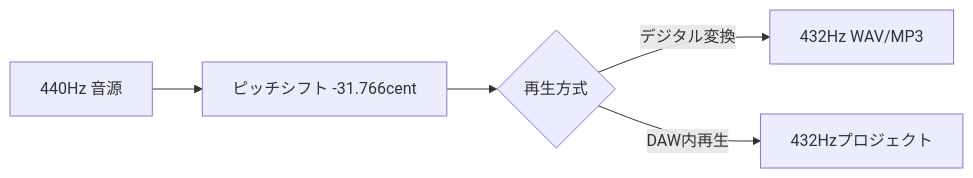
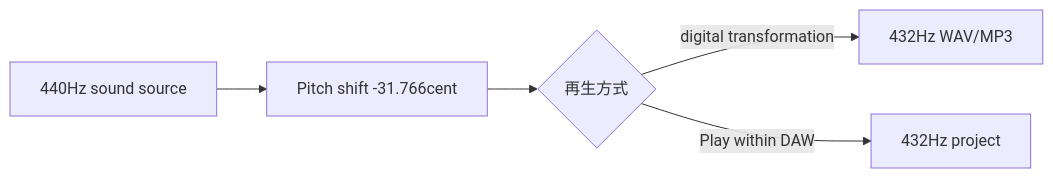
The first of 2 diagrams in en/_posts/2025-11-15-column-432hz.md (monumental-movement/monumental-movement.github.io), drawn with Mermaid before and after one commit. The commit also changed 152 other files, not shown here.

```diff
--- a/en/_posts/2025-11-15-column-432hz.md
+++ b/en/_posts/2025-11-15-column-432hz.md
@@ -212,9 +212,9 @@
 <div class="mermaid">
 
 flowchart LR
-    A[440Hz 音源] --> B[ピッチシフト -31.766cent]
+    A[440Hz sound source] --> B[Pitch shift -31.766cent]
     B --> C{再生方式}
-    C -->|デジタル変換| D[432Hz WAV/MP3]
-    C -->|DAW内再生| E[432Hzプロジェクト]
+    C -->|digital transformation| D[432Hz WAV/MP3]
+    C -->|Play within DAW| E[432Hz project]
 
 </div>
```
